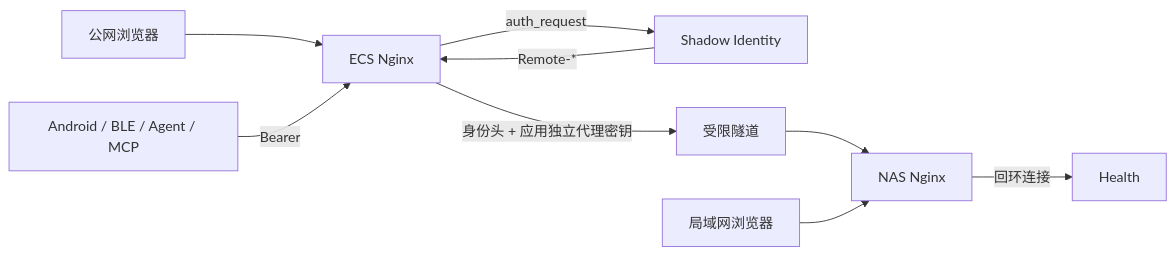
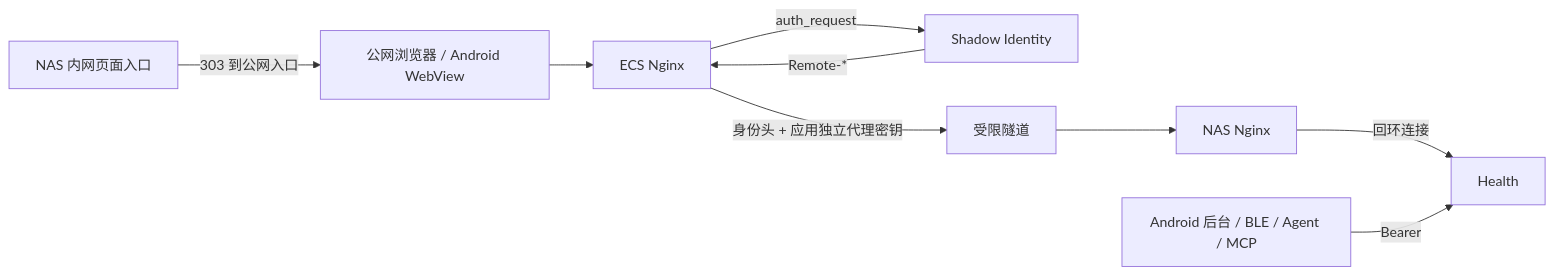
The diagram in docs/sso-migration.md (Cylunex/shadow-health), drawn with Mermaid before and after one commit. The commit also changed other lines of this file and 20 other files, not shown here.

````diff
--- a/docs/sso-migration.md
+++ b/docs/sso-migration.md
@@ -22,11 +17,11 @@
 ```mermaid
 flowchart LR
-    B["公网浏览器"] --> E["ECS Nginx"]
+    B["公网浏览器 / Android WebView"] --> E["ECS Nginx"]
     E -->|"auth_request"| I["Shadow Identity"]
     I -->|"Remote-*"| E
     E -->|"身份头 + 应用独立代理密钥"| T["受限隧道"]
     T --> N["NAS Nginx"]
     N -->|"回环连接"| H["Health"]
-    L["局域网浏览器"] --> N
-    M["Android / BLE / Agent / MCP"] -->|"Bearer"| E
+    L["NAS 内网页面入口"] -->|"303 到公网入口"| B
+    M["Android 后台 / BLE / Agent / MCP"] -->|"Bearer"| H
 ```
````
